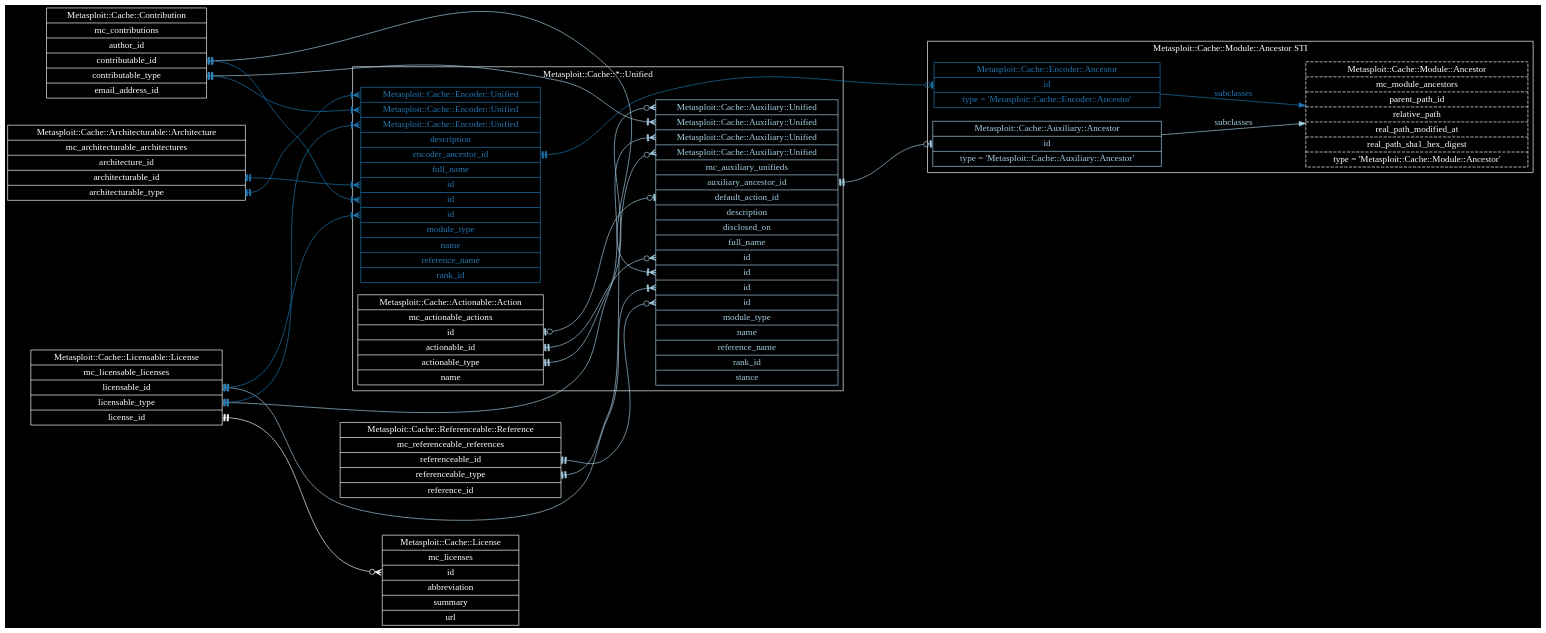
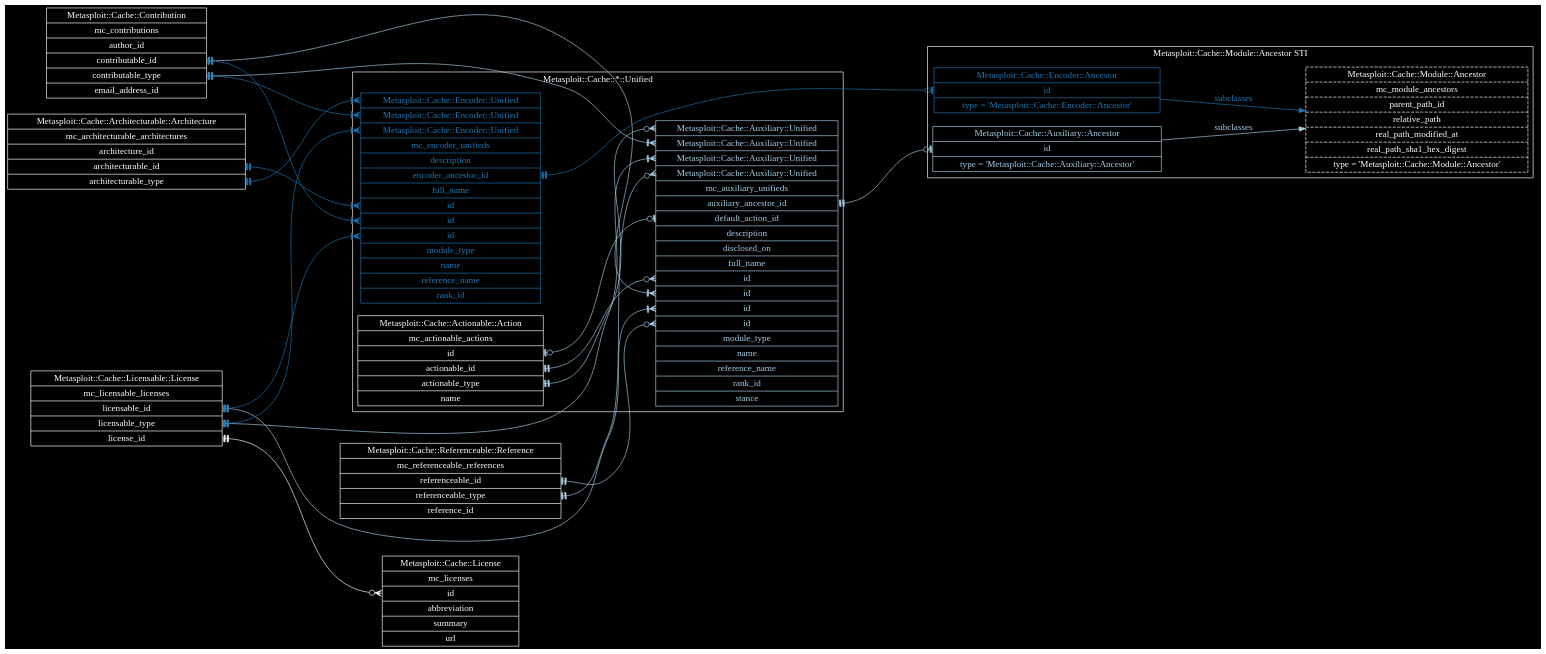
Before and after one commit to rapid7/metasploit-cache: the diagram in docs/metasploit-cache-read-model.dot, drawn with Graphviz.

Commit message:
Add table name
MSP-12192

```diff
--- a/docs/metasploit-cache-read-model.dot
+++ b/docs/metasploit-cache-read-model.dot
@@ -205,7 +205,7 @@
     "Metasploit::Cache::Encoder::Unified" [
       color = "/paired9/2"
       fontcolor = "/paired9/2"
-      label = "<type_for_architecturable_type>Metasploit::Cache::Encoder::Unified | <type_for_contributable_type>Metasploit::Cache::Encoder::Unified | <type_for_licensable_type>Metasploit::Cache::Encoder::Unified | description | <encoder_ancestor_id>encoder_ancestor_id | full_name | <id_for_architecturable_id>id | <id_for_contributable_id>id | <id_for_licensable_id>id | module_type | name | reference_name | rank_id"
+      label = "<type_for_architecturable_type>Metasploit::Cache::Encoder::Unified | <type_for_contributable_type>Metasploit::Cache::Encoder::Unified | <type_for_licensable_type>Metasploit::Cache::Encoder::Unified | mc_encoder_unifieds | description | <encoder_ancestor_id>encoder_ancestor_id | full_name | <id_for_architecturable_id>id | <id_for_contributable_id>id | <id_for_licensable_id>id | module_type | name | reference_name | rank_id"
     ]
 
     "Metasploit::Cache::Encoder::Unified":encoder_ancestor_id -> "Metasploit::Cache::Encoder::Ancestor":id [
```
